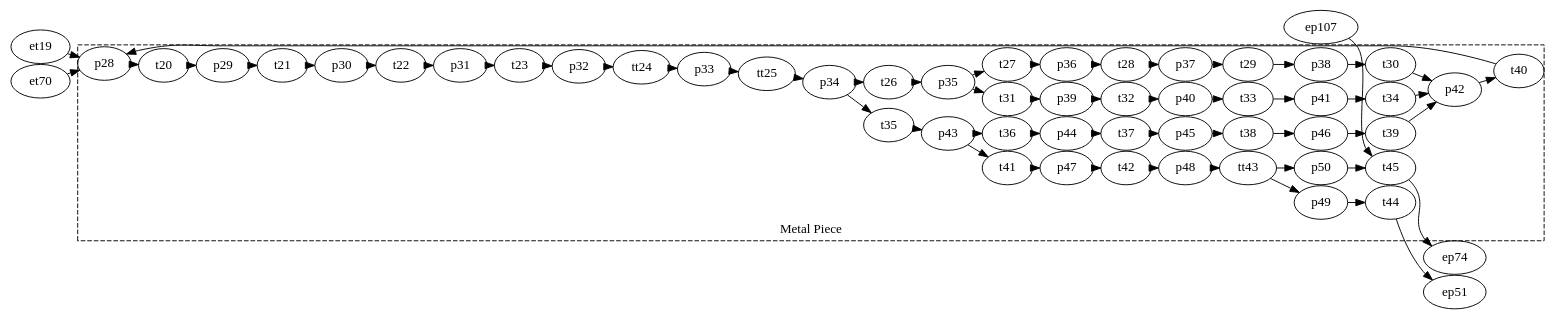
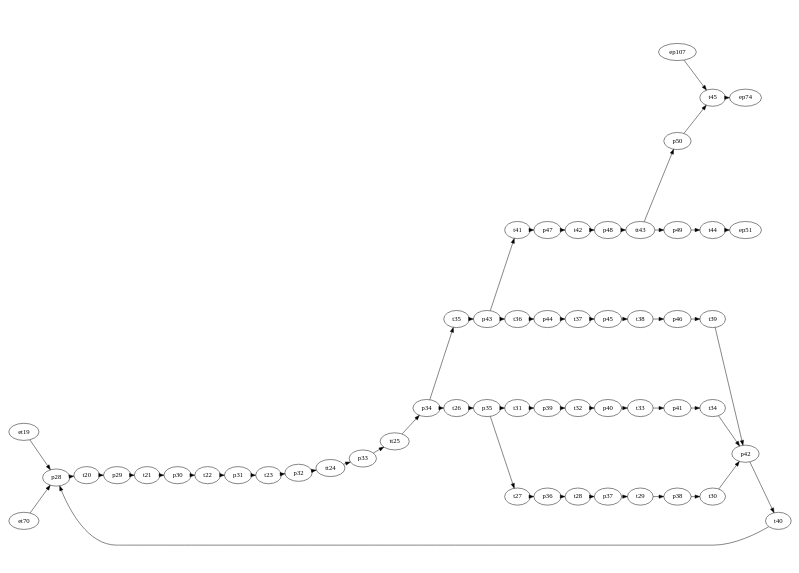
Before and after one commit to Accacio/docsTCC: the diagram in figures/petriNets/dot/2-metalv/metalv.dot, drawn with Graphviz. The commit also changed 63 other files, not shown here.

```diff
--- a/figures/petriNets/dot/2-metalv/metalv.dot
+++ b/figures/petriNets/dot/2-metalv/metalv.dot
@@ -1,156 +1,158 @@
 
 digraph A {
     # splines = ortho
     rankdir=LR;
     ratio=fill
     graph [pad="0.05", nodesep="0.01", ranksep="0.01"];
     margin=0;
+    size="11.7,8.3!";
+
 
     p28
     p29
     p30
     p31
     p32
     p33
     p34
     p35
     p36
     p37
     p38
     p39
     p40
     p41
     p42
     p43
     p44
     p45
     p46
     p47
     p48
     p49
     p50
 
     t20
     t21
     t22
     t23
     tt24
     tt25
     t26
     t27
     t28
     t29
     t30
     t31
     t32
     t33
     t34
     t35
     t36
     t37
     t38
     t39
     t40
     t41
     t42
     tt43
     t44
     t45
 
-subgraph cluster_2 {
-  label="Metal Piece"
-  style="dashed"
-  #color="white"
-  labelloc = b
+# subgraph cluster_2 {
+#   label="Metal Piece"
+#   style="dashed"
+#   #color="white"
+#   labelloc = b
   # margin=0
 # {rank = same; p29; p28;}
 # {rank = same; p30; p31;}
 # {rank = same; p32; p33;}
   #pre
 
   p28 -> t20
   p29 -> t21
   p30 -> t22
   p31 -> t23
   p32 -> tt24
   p33 -> tt25
   p34 -> t26
   p34 -> t35
   
 
 
 
   p35 -> t27
   p35 -> t31
 
   p36 -> t28
   p37 -> t29
   p38 -> t30
   
   p39 -> t32
   p40 -> t33
   p41 -> t34
   
   p42 -> t40
 
   p43 -> t36
   p43 -> t41
 
   p44 -> t37
   p45 -> t38
   p46 -> t39
   
   p47 -> t42
   p48 -> tt43
   p49 -> t44
   p50 -> t45
 
 
   #pos
 
   t20 -> p29
   t21 -> p30
   t22 -> p31
   t23 -> p32
   tt24 -> p33
   tt25 -> p34
   t26 -> p35
   t27 -> p36
   t28 -> p37
   t29 -> p38
   t30 -> p42
   t31 -> p39
   t32 -> p40
   t33 -> p41
   t34 -> p42
   t35 -> p43
   t36 -> p44
   t37 -> p45
   t38 -> p46
   t39 -> p42
   t40 -> p28
   t41 -> p47
   t42 -> p48
   tt43 -> p49
   tt43 -> p50
 
 
-}
+# }
 
 ep74
 ep51
 ep107
 
 
 et19
 et70
 et19 -> p28
 et70 -> p28
 
 t45 -> ep74
 t44 -> ep51
 ep107 -> t45
 
 
 
 }
```
